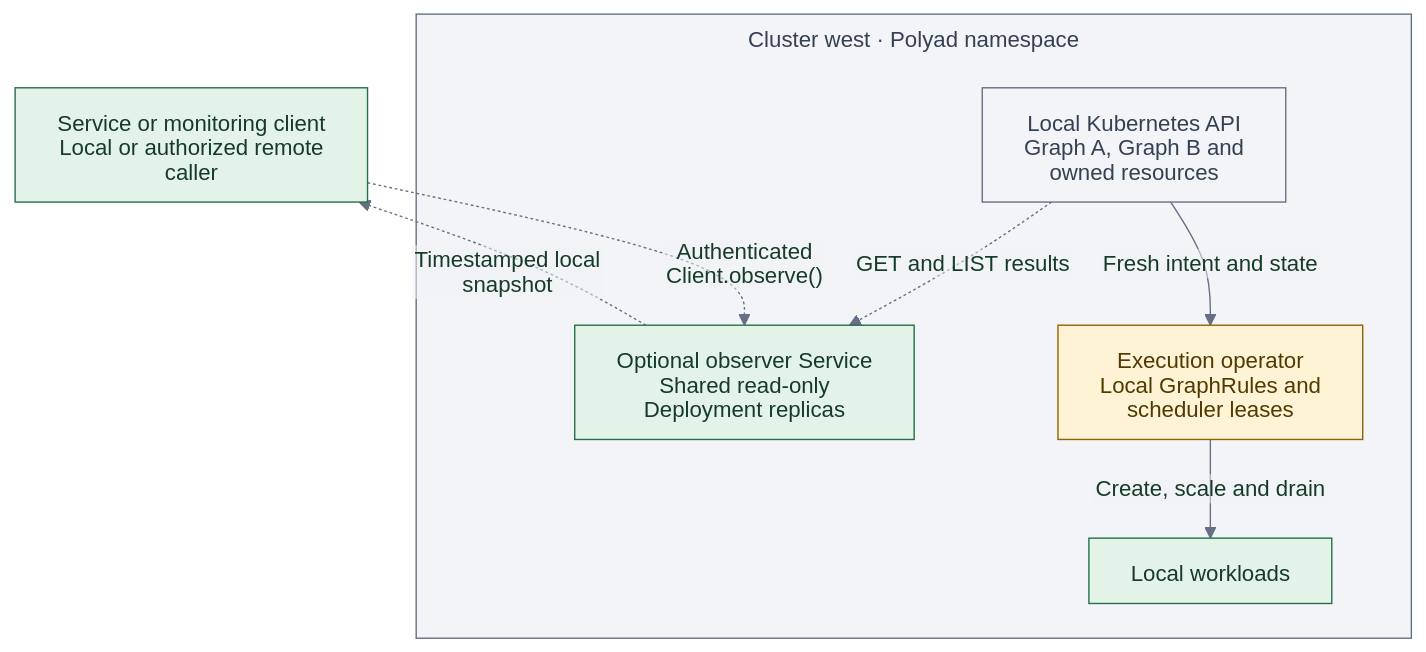
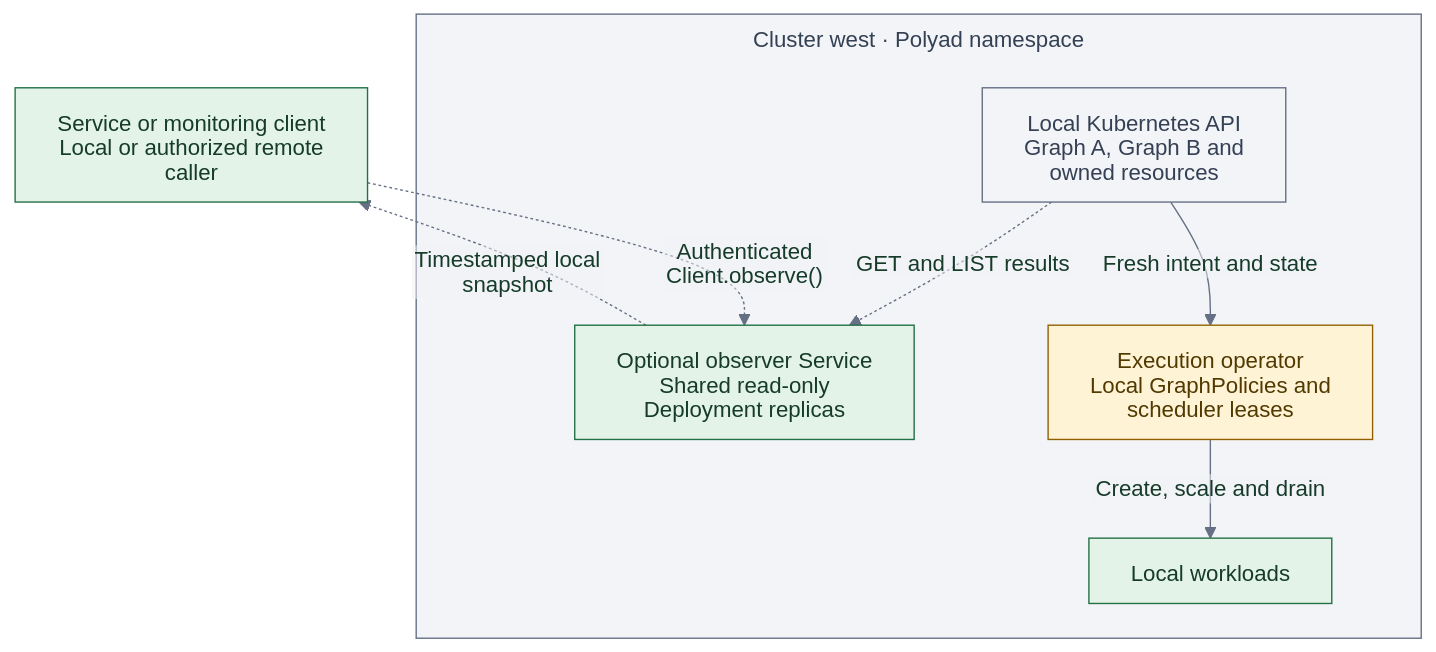
Before and after one commit to astrivant/polyad: the sixth of 6 diagrams in docs/deployment/multicluster.md, drawn with Mermaid. The commit also changed other lines of this file and 182 other files, not shown here.

Commit message:
GraphPolicies rename

````diff
--- a/docs/deployment/multicluster.md
+++ b/docs/deployment/multicluster.md
@@ -630,39 +630,39 @@
 ```mermaid
 ---
 config:
   theme: base
   htmlLabels: false
   themeVariables:
     primaryColor: "#e3f3e8"
     primaryBorderColor: "#247047"
     primaryTextColor: "#163b29"
     secondaryTextColor: "#513900"
     tertiaryTextColor: "#344054"
     clusterBkg: "#f2f4f7"
     clusterBorder: "#667085"
     titleColor: "#344054"
     edgeLabelBackground: "#f2f4f7"
     lineColor: "#667085"
   flowchart:
     subGraphTitleMargin:
       top: 8
       bottom: 20
 ---
 flowchart TB
     caller["Service or monitoring client<br/>Local or authorized remote caller"]
     subgraph west["Cluster west · Polyad namespace"]
         readers["Optional observer Service<br/>Shared read-only Deployment replicas"]
         api["Local Kubernetes API<br/>Graph A, Graph B and owned resources"]
-        executor["Execution operator<br/>Local GraphRules and scheduler leases"]
+        executor["Execution operator<br/>Local GraphPolicies and scheduler leases"]
         workloads["Local workloads"]
         api -.->|"GET and LIST results"| readers
         api -->|"Fresh intent and state"| executor
         executor -->|"Create, scale and drain"| workloads
     end
     caller -.->|"Authenticated Client.observe()"| readers
     readers -.->|"Timestamped local snapshot"| caller
     classDef control fill:#fff3d6,stroke:#926000,color:#513900
     classDef resource fill:#f2f4f7,stroke:#667085,color:#344054
     class executor control
     class api resource
 ```
````
